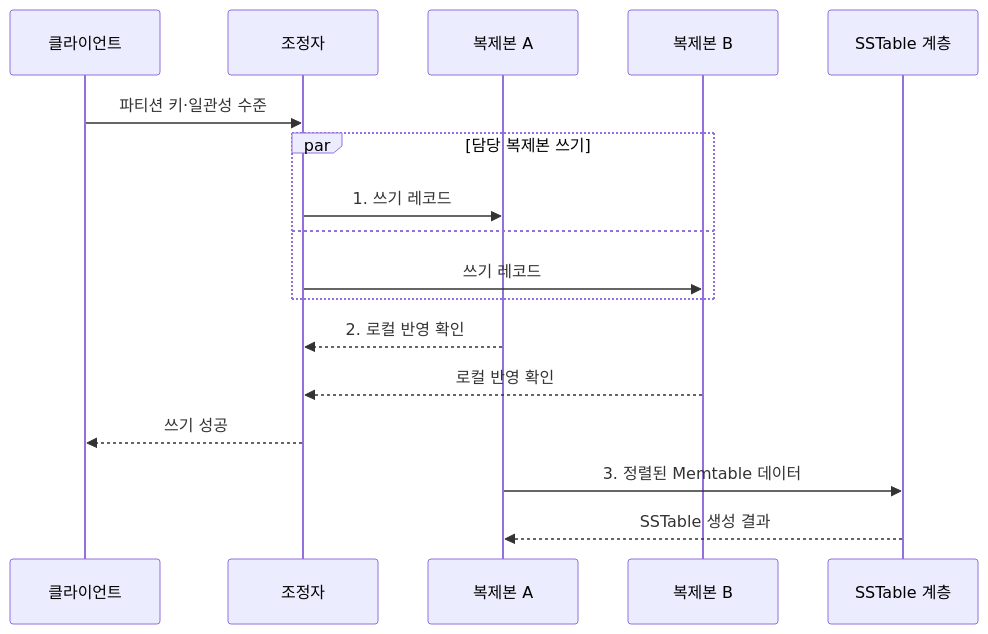
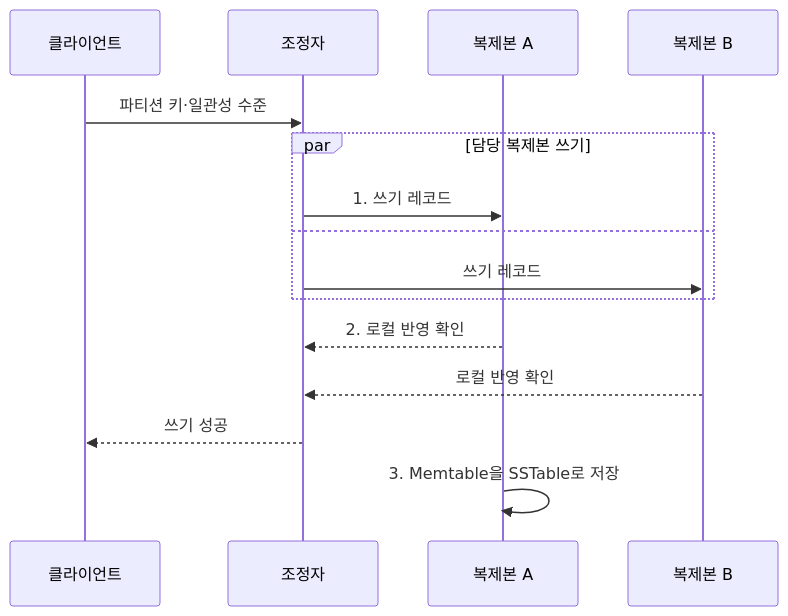
One commit to agnusdei1207/knowledge-base changed the second of 2 diagrams in src/content/docs/notes/03-software/108_cassandra_column_family.md. Above: the diagram before and after it, drawn with Mermaid. The commit also changed 7 other files, not shown here.

Commit message:
Refine distributed data diagrams

````diff
--- a/src/content/docs/notes/03-software/108_cassandra_column_family.md
+++ b/src/content/docs/notes/03-software/108_cassandra_column_family.md
@@ -99,19 +99,17 @@
 ```mermaid
 sequenceDiagram
     participant C as 클라이언트
     participant O as 조정자
     participant A as 복제본 A
     participant B as 복제본 B
-    participant S as SSTable 계층
     C->>O: 파티션 키·일관성 수준
     par 담당 복제본 쓰기
         O->>A: 1. 쓰기 레코드
     and
         O->>B: 쓰기 레코드
     end
     A-->>O: 2. 로컬 반영 확인
     B-->>O: 로컬 반영 확인
     O-->>C: 쓰기 성공
-    A->>S: 3. 정렬된 Memtable 데이터
-    S-->>A: SSTable 생성 결과
+    A->>A: 3. Memtable을 SSTable로 저장
 ```
````
